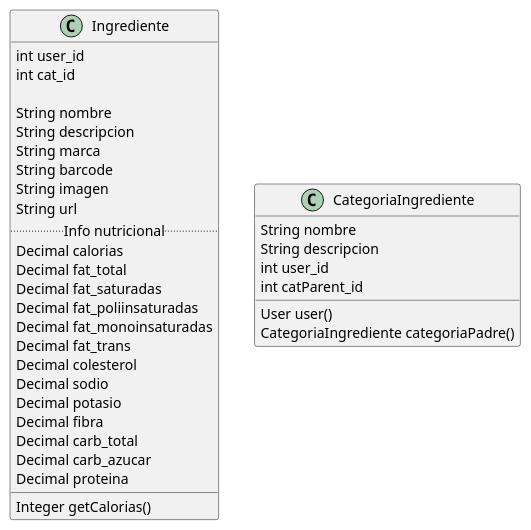
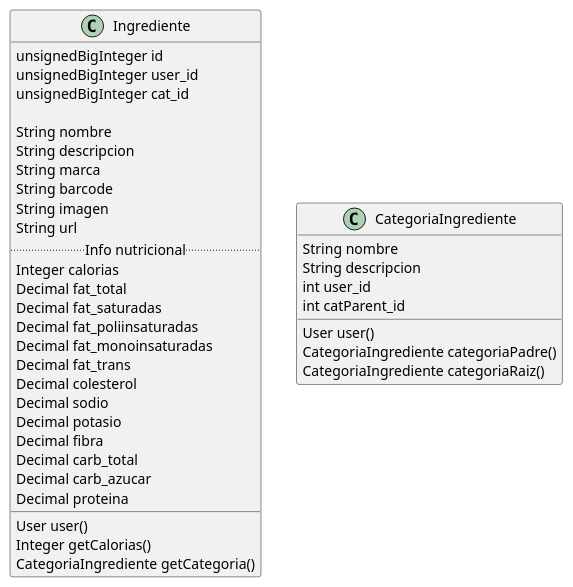
The diagram in docs/clases_detalle.pu (Luinux81/laravel-recetapp), drawn with PlantUML before and after one commit. The commit also changed 6 other files, not shown here.

```diff
--- a/docs/clases_detalle.pu
+++ b/docs/clases_detalle.pu
@@ -1,41 +1,45 @@
 @startuml
 
 class Ingrediente{
-    int user_id
-    int cat_id
+    unsignedBigInteger id    
+    unsignedBigInteger user_id
+    unsignedBigInteger cat_id
 
     String nombre
     String descripcion
     String marca 
     String barcode
     String imagen
     String url
     .. Info nutricional ..
-    Decimal calorias                
+    Integer calorias                
     Decimal fat_total
     Decimal fat_saturadas
     Decimal fat_poliinsaturadas
     Decimal fat_monoinsaturadas
     Decimal fat_trans
     Decimal colesterol
     Decimal sodio
     Decimal potasio
     Decimal fibra
     Decimal carb_total
     Decimal carb_azucar
     Decimal proteina
     ____
+    User user()
     Integer getCalorias()
+    CategoriaIngrediente getCategoria()
 }
 
 class CategoriaIngrediente{
     String nombre
     String descripcion
     int user_id
     int catParent_id
 
     User user()
     CategoriaIngrediente categoriaPadre()
+    CategoriaIngrediente categoriaRaiz()
 }
 
 @enduml
```
